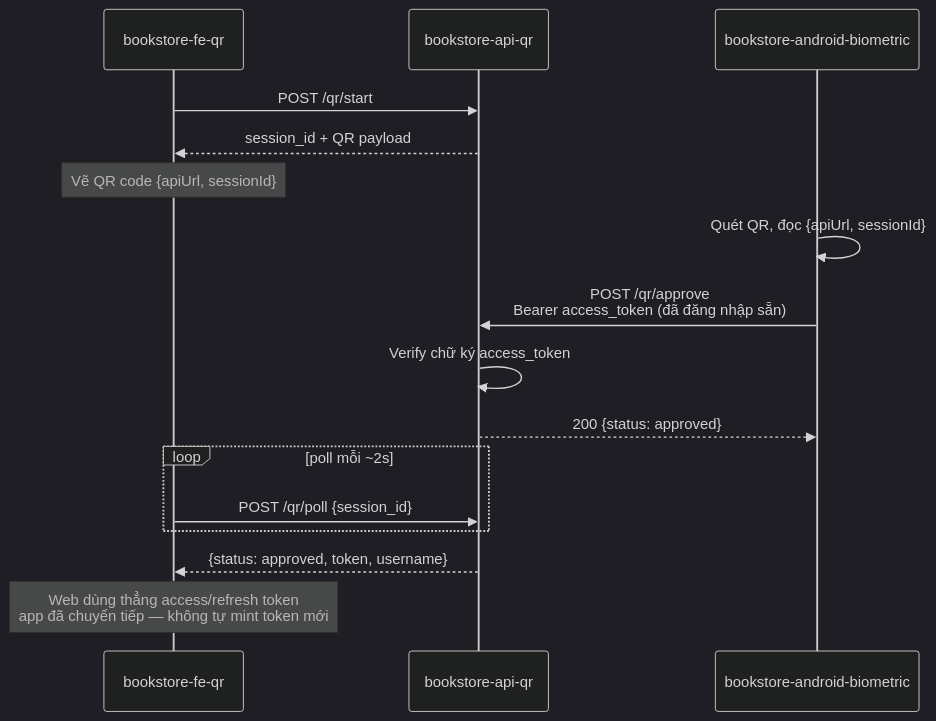
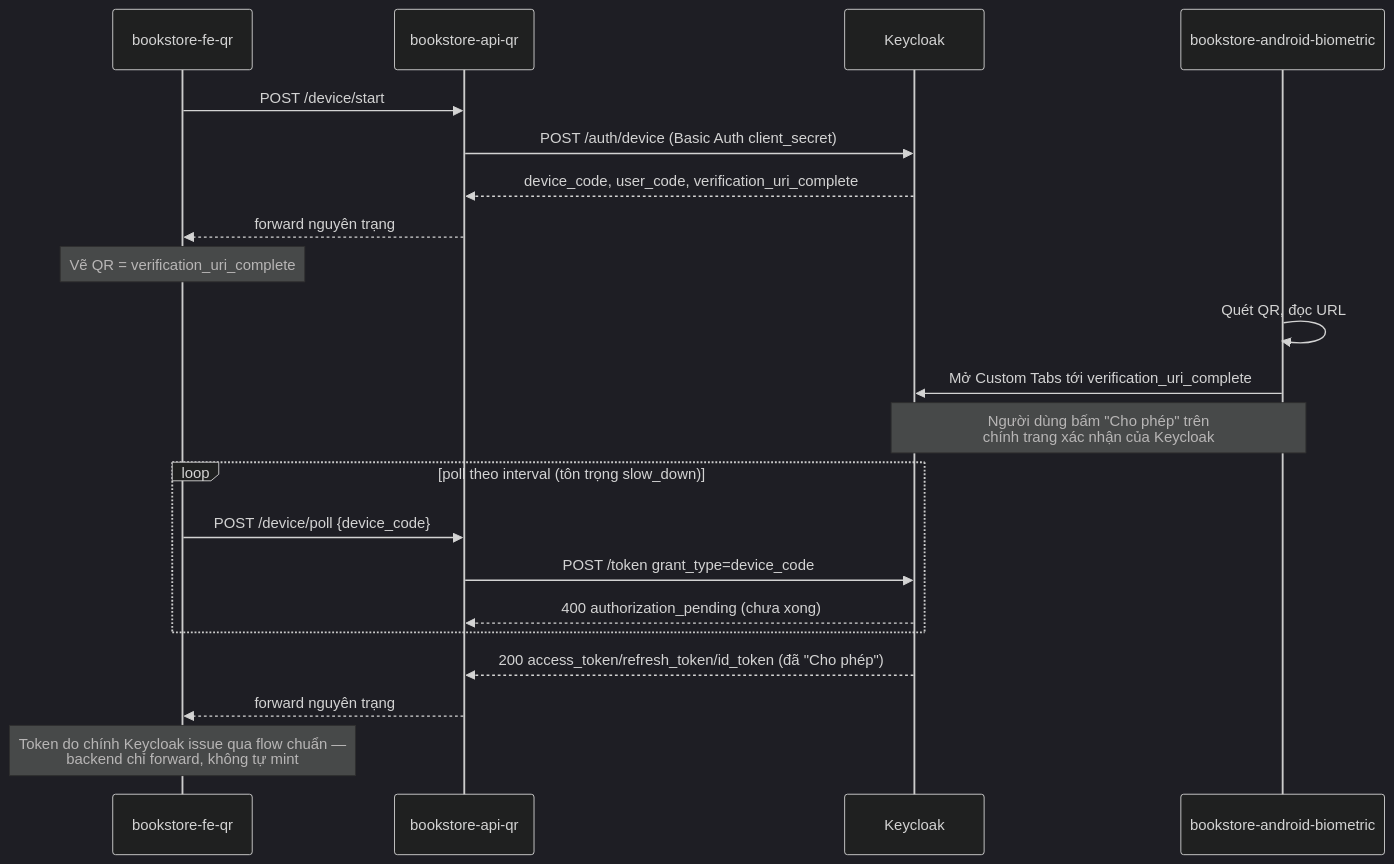
The second of 4 diagrams in QR_LOGIN_HIEN_THUC.md (Yamakunda/keycloak-demo), drawn with Mermaid (dark theme) before and after one commit. The commit also changed other lines of this file and 21 other files, not shown here.

````diff
--- a/QR_LOGIN_HIEN_THUC.md
+++ b/QR_LOGIN_HIEN_THUC.md
@@ -211,21 +228,26 @@
 ```mermaid
 sequenceDiagram
     participant Web as bookstore-fe-qr
     participant API as bookstore-api-qr
+    participant KC as Keycloak
     participant App as bookstore-android-biometric
 
-    Web->>API: POST /qr/start
-    API-->>Web: session_id + QR payload
-    Note over Web: Vẽ QR code {apiUrl, sessionId}
+    Web->>API: POST /device/start
+    API->>KC: POST /auth/device (Basic Auth client_secret)
+    KC-->>API: device_code, user_code, verification_uri_complete
+    API-->>Web: forward nguyên trạng
+    Note over Web: Vẽ QR = verification_uri_complete
 
-    App->>App: Quét QR, đọc {apiUrl, sessionId}
-    App->>API: POST /qr/approve<br/>Bearer access_token (đã đăng nhập sẵn)
-    API->>API: Verify chữ ký access_token
-    API-->>App: 200 {status: approved}
+    App->>App: Quét QR, đọc URL
+    App->>KC: Mở Custom Tabs tới verification_uri_complete
+    Note over App,KC: Người dùng bấm "Cho phép" trên<br/>chính trang xác nhận của Keycloak
 
-    loop poll mỗi ~2s
-        Web->>API: POST /qr/poll {session_id}
+    loop poll theo interval (tôn trọng slow_down)
+        Web->>API: POST /device/poll {device_code}
+        API->>KC: POST /token grant_type=device_code
+        KC-->>API: 400 authorization_pending (chưa xong)
     end
-    API-->>Web: {status: approved, token, username}
-    Note over Web: Web dùng thẳng access/refresh token<br/>app đã chuyển tiếp — không tự mint token mới
+    KC-->>API: 200 access_token/refresh_token/id_token (đã "Cho phép")
+    API-->>Web: forward nguyên trạng
+    Note over Web: Token do chính Keycloak issue qua flow chuẩn —<br/>backend chỉ forward, không tự mint
 ```
````
